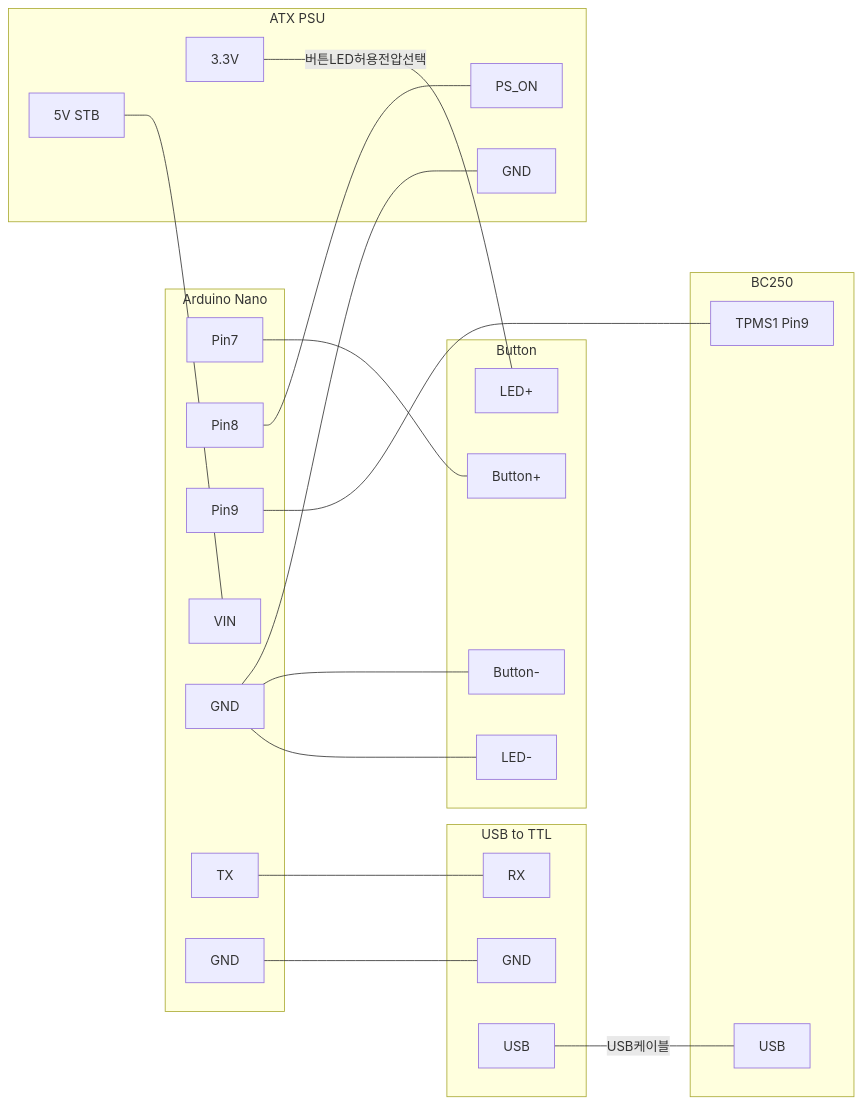
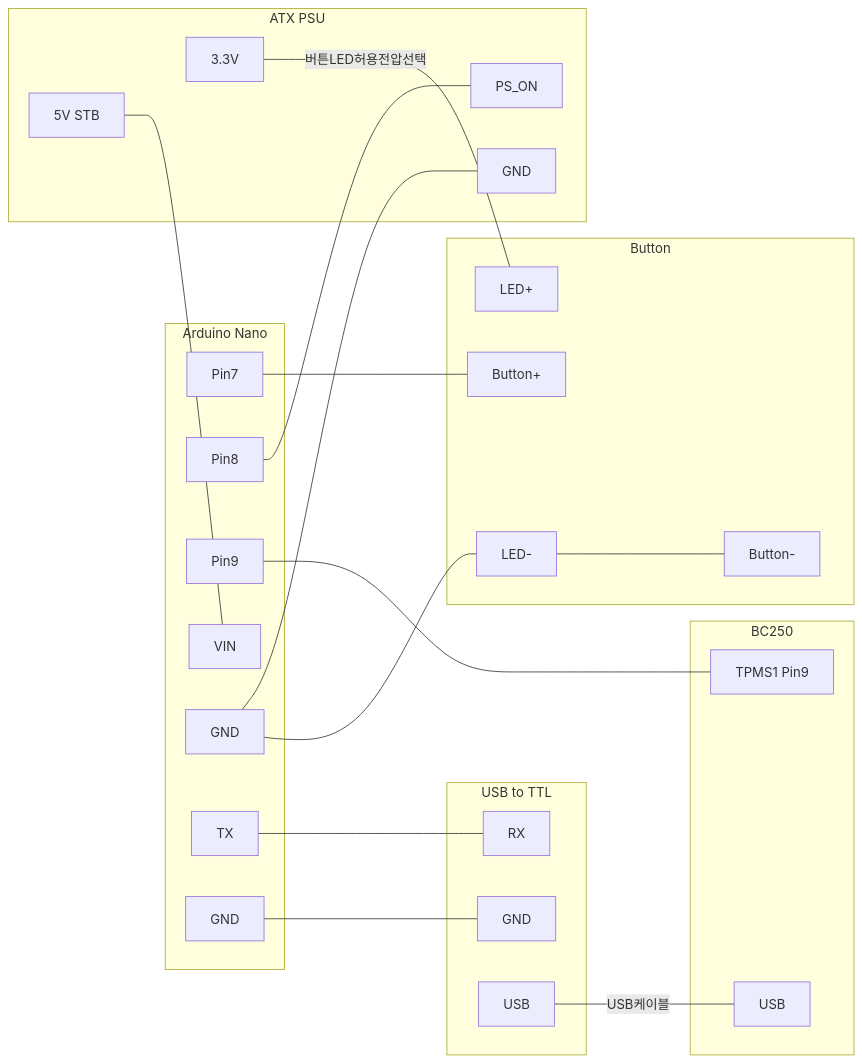
Before and after one commit to coolsolgit/BC250-ATX-PSU-Control: the second of 2 diagrams in README.md, drawn with Mermaid.

````diff
--- a/README.md
+++ b/README.md
@@ -52,44 +52,44 @@
 ```mermaid
 flowchart LR
   subgraph Arduino Nano
     P7[Pin7]
     P8[Pin8]
     P9[Pin9]
     VIN[VIN]
     AGND[GND]
     TX[TX]
     ATGND[GND]
   end
   subgraph USB to TTL
     RX[RX]
     UGND[GND]
     UUSB[USB]
   end
   subgraph ATX PSU
     5V[5V STB]
     3.3V[3.3V]
     PS_ON[PS_ON]
     PGND[GND]
   end
   subgraph Button
     BTN1[Button+]
     BTN2[Button-]
     LED1[LED+]
     LED2[LED-]
   end
   subgraph BC250
     TPMS[TPMS1 Pin9]
     BUSB[USB]
   end
   UUSB ---|USB케이블| BUSB
   TX --- RX
 P7 --- BTN1
 P8 --- PS_ON
 P9 --- TPMS
 AGND --- PGND
-AGND --- BTN2
+LED2 --- BTN2
 AGND --- LED2
 ATGND --- UGND
 3.3V ---|버튼LED허용전압선택| LED1
 5V --- VIN
 ```
````
